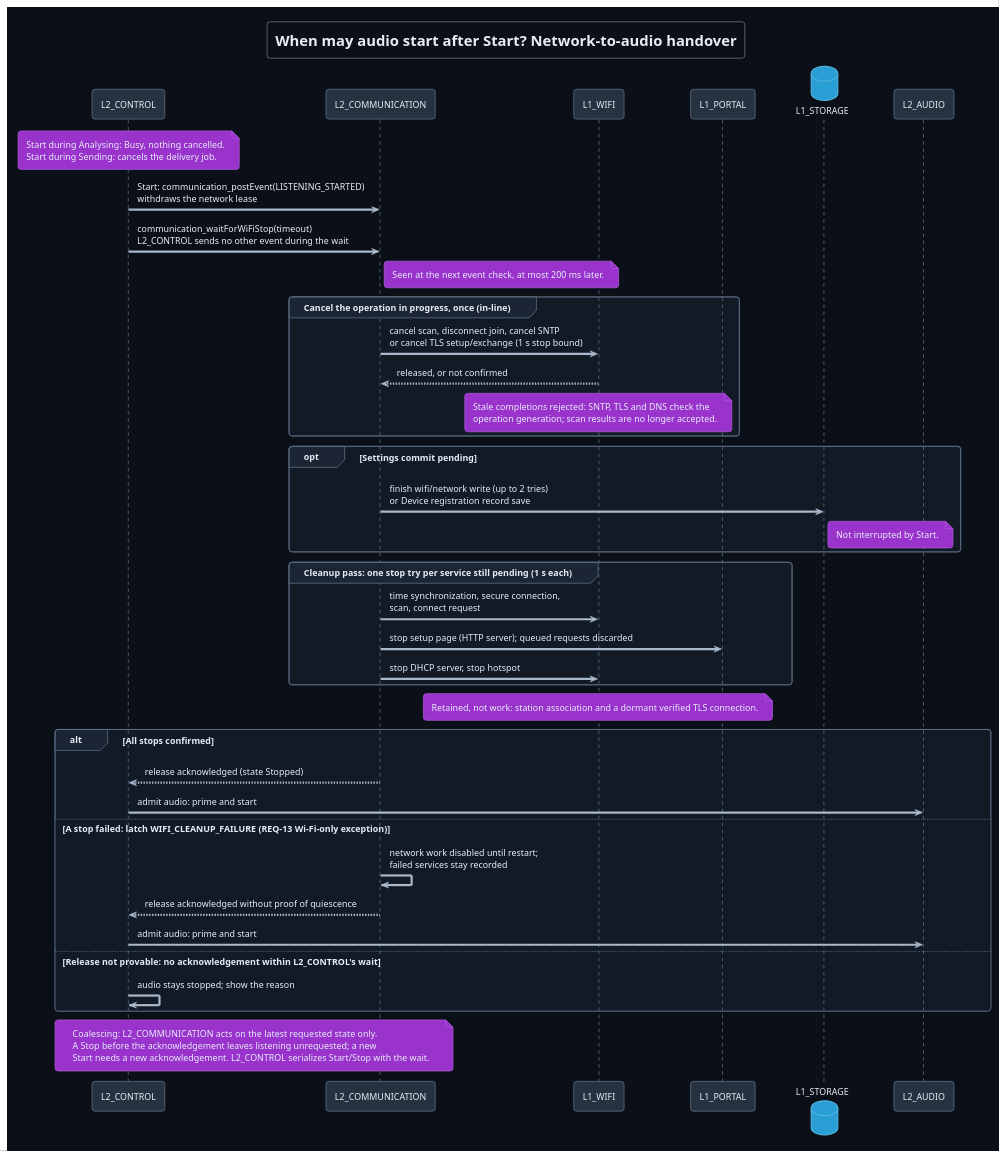
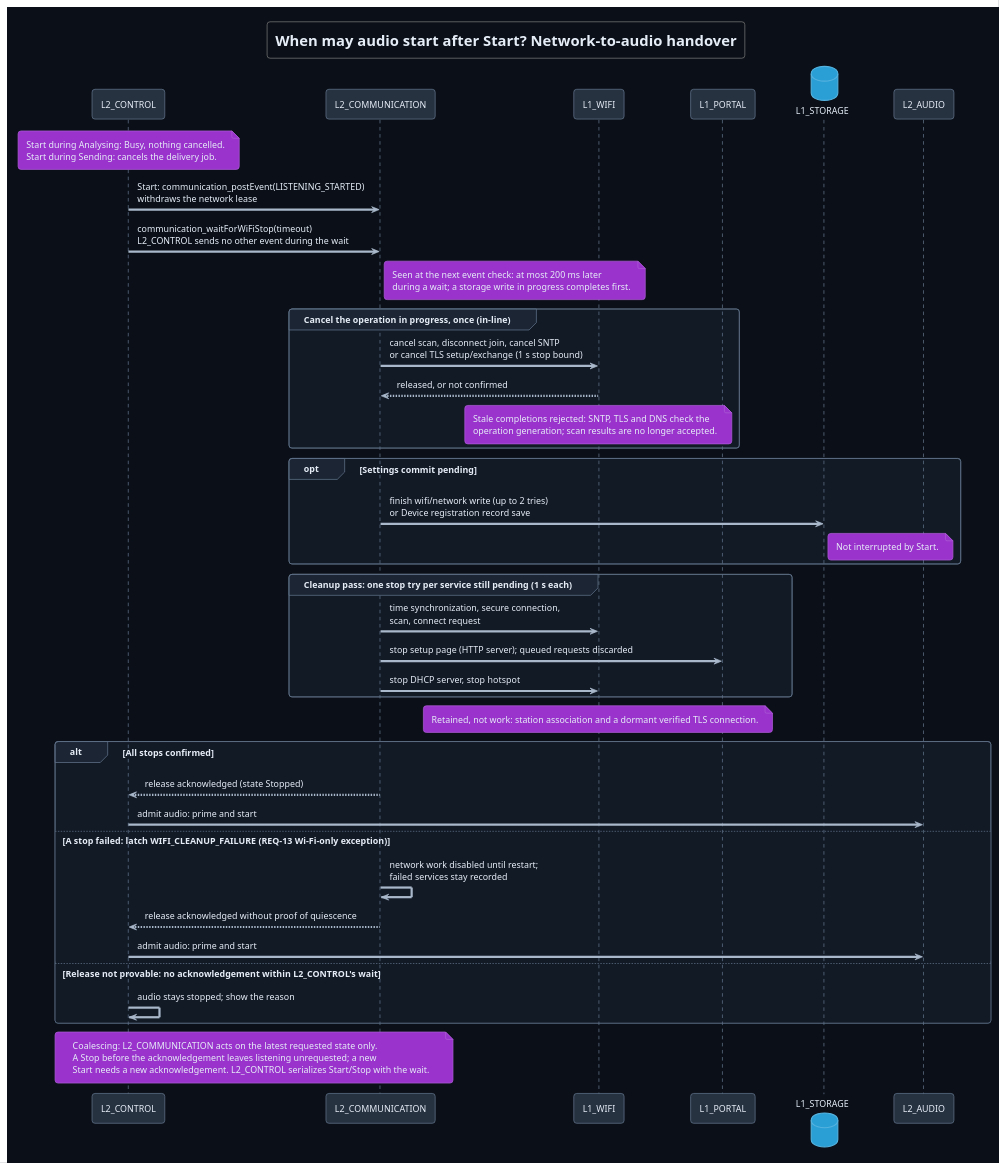
Before and after one commit to DemonicPsychoII/DigitalStethoscope: the diagram in Development/system/design/COMMUNICATION/network-audio-handover.puml, drawn with PlantUML. The commit also changed 5 other files, not shown here.

First line of the commit message:
documentation: describe the monitor stub, the event check bound and the retry conditions as they are

```diff
--- a/Development/system/design/COMMUNICATION/network-audio-handover.puml
+++ b/Development/system/design/COMMUNICATION/network-audio-handover.puml
@@ -1,72 +1,73 @@
 @startuml network_audio_handover
 !theme cyborg
 skinparam shadowing false
 skinparam defaultFontName SansSerif
 skinparam backgroundColor #0b1018
 skinparam defaultFontColor #e6edf7
 skinparam ArrowColor #a9b8ca
 skinparam sequence {
  ParticipantBackgroundColor #273241
  ParticipantBorderColor #61738a
  ParticipantFontColor #e6edf7
  LifeLineBorderColor #61738a
  GroupBorderColor #61738a
  GroupHeaderFontColor #e6edf7
  GroupBackgroundColor #1b2533
 }
 skinparam sequenceGroupBodyBackGroundColor #121a26
 skinparam sequenceMessageAlign left
 title When may audio start after Start? Network-to-audio handover
 participant "L2_CONTROL" as CONTROL
 participant "L2_COMMUNICATION" as COMMUNICATION
 participant "L1_WIFI" as WIFI
 participant "L1_PORTAL" as PORTAL
 database "L1_STORAGE" as STORAGE
 participant "L2_AUDIO" as AUDIO
 note over CONTROL
  Start during Analysing: Busy, nothing cancelled.
  Start during Sending: cancels the delivery job.
 end note
 CONTROL -> COMMUNICATION : Start: communication_postEvent(LISTENING_STARTED)\nwithdraws the network lease
 CONTROL -> COMMUNICATION : communication_waitForWiFiStop(timeout)\nL2_CONTROL sends no other event during the wait
 note right of COMMUNICATION
- Seen at the next event check, at most 200 ms later.
+ Seen at the next event check: at most 200 ms later
+ during a wait; a storage write in progress completes first.
 end note
 group Cancel the operation in progress, once (in-line)
  COMMUNICATION -> WIFI : cancel scan, disconnect join, cancel SNTP\nor cancel TLS setup/exchange (1 s stop bound)
  WIFI --> COMMUNICATION : released, or not confirmed
  note over WIFI
   Stale completions rejected: SNTP, TLS and DNS check the
   operation generation; scan results are no longer accepted.
  end note
 end
 opt Settings commit pending
  COMMUNICATION -> STORAGE : finish wifi/network write (up to 2 tries)\nor Device registration record save
  note right of STORAGE
   Not interrupted by Start.
  end note
 end
 group Cleanup pass: one stop try per service still pending (1 s each)
  COMMUNICATION -> WIFI : time synchronization, secure connection,\nscan, connect request
  COMMUNICATION -> PORTAL : stop setup page (HTTP server); queued requests discarded
  COMMUNICATION -> WIFI : stop DHCP server, stop hotspot
 end
 note over WIFI
  Retained, not work: station association and a dormant verified TLS connection.
 end note
 alt All stops confirmed
  COMMUNICATION --> CONTROL : release acknowledged (state Stopped)
  CONTROL -> AUDIO : admit audio: prime and start
 else A stop failed: latch WIFI_CLEANUP_FAILURE (REQ-13 Wi-Fi-only exception)
  COMMUNICATION -> COMMUNICATION : network work disabled until restart;\nfailed services stay recorded
  COMMUNICATION --> CONTROL : release acknowledged without proof of quiescence
  CONTROL -> AUDIO : admit audio: prime and start
 else Release not provable: no acknowledgement within L2_CONTROL's wait
  CONTROL -> CONTROL : audio stays stopped; show the reason
 end
 note over CONTROL, COMMUNICATION
  Coalescing: L2_COMMUNICATION acts on the latest requested state only.
  A Stop before the acknowledgement leaves listening unrequested; a new
  Start needs a new acknowledgement. L2_CONTROL serializes Start/Stop with the wait.
 end note
 @enduml
```
